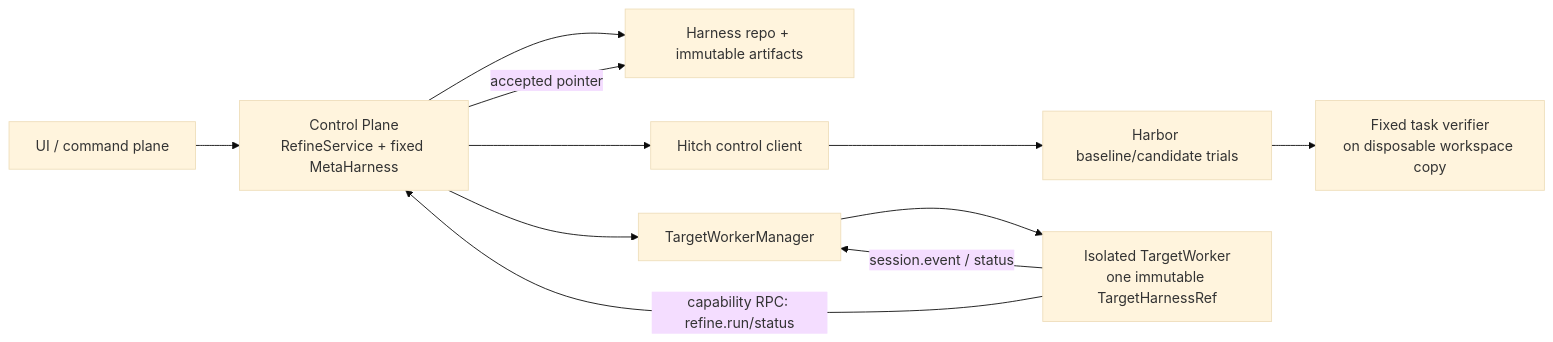
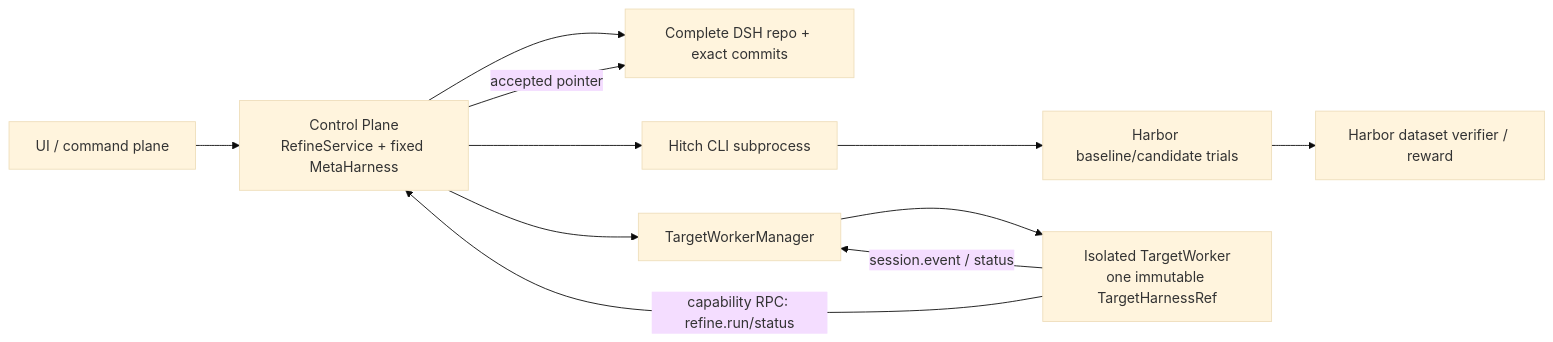
One commit to rsi-gear/gear changed the diagram in docs/dsh-self-evolving-harness-spec.md. Above: the diagram before and after it, drawn with Mermaid (base theme). The commit also changed other lines of this file and 28 other files, not shown here.

Commit message:
Implement exact-commit harness refinement

````diff
--- a/docs/dsh-self-evolving-harness-spec.md
+++ b/docs/dsh-self-evolving-harness-spec.md
@@ -33,13 +33,13 @@
 ```mermaid
 flowchart LR
     UI["UI / command plane"] --> CP["Control Plane\nRefineService + fixed MetaHarness"]
-    CP --> HM["Harness repo + immutable artifacts"]
-    CP --> HC["Hitch control client"]
+    CP --> HM["Complete DSH repo + exact commits"]
+    CP --> HC["Hitch CLI subprocess"]
     HC --> HB["Harbor baseline/candidate trials"]
-    HB --> VS["Fixed task verifier\non disposable workspace copy"]
+    HB --> VS["Harbor dataset verifier / reward"]
     CP --> WM["TargetWorkerManager"]
     WM --> TW["Isolated TargetWorker\none immutable TargetHarnessRef"]
     TW -->|"session.event / status"| WM
     TW -->|"capability RPC: refine.run/status"| CP
     CP -->|"accepted pointer"| HM
 ```
````
